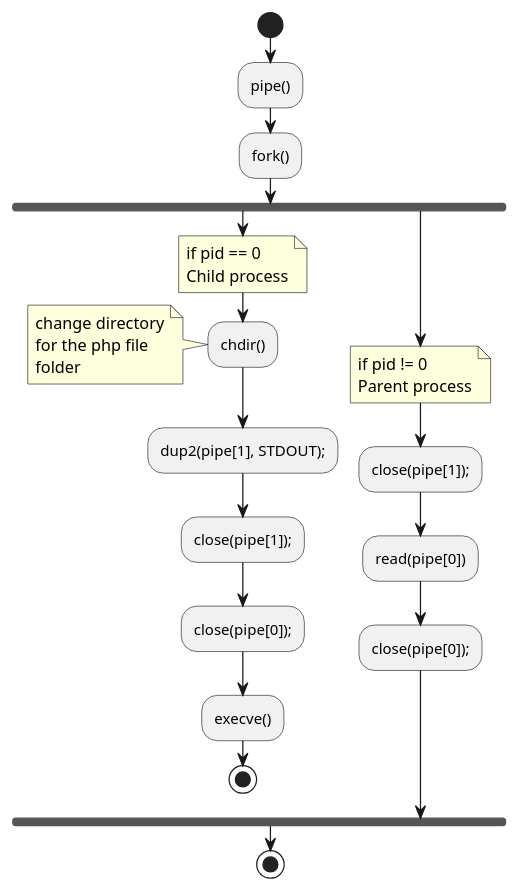
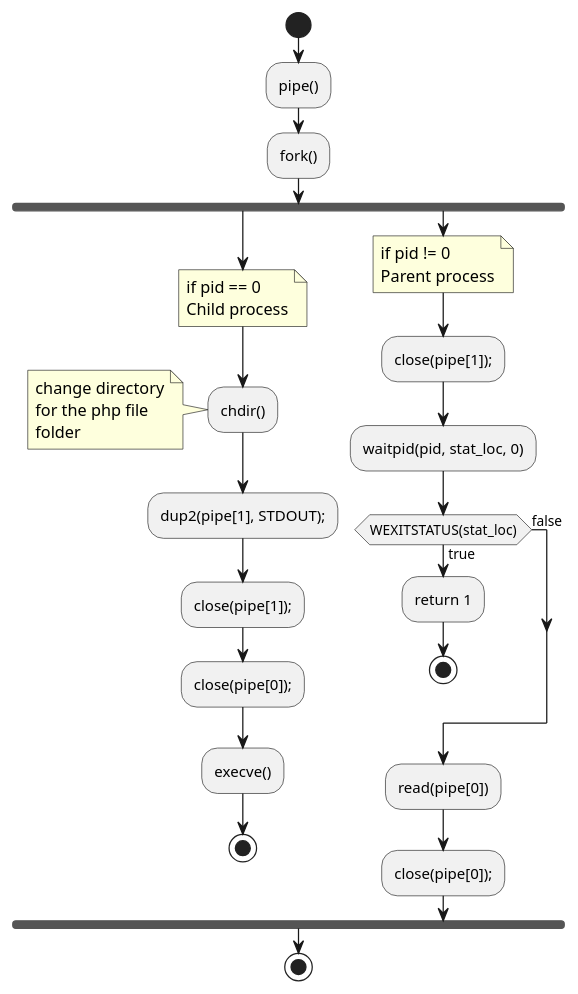
The eighth of 9 diagrams in docs/README.adoc (0xCAF3D0OD/webserv), drawn with PlantUML before and after one commit. The commit also changed 2 other files, not shown here.

```diff
--- a/docs/README.adoc
+++ b/docs/README.adoc
@@ -87,32 +87,38 @@
 [plantuml, target=activity_cgi, format=svg, width=60%]
 ....
 start
 :pipe();
 :fork();
 fork
 note left
   if pid == 0
   Child process
 end note
   :chdir();
 note left
   change directory
   for the php file
   folder
 end note
   :dup2(pipe[1], STDOUT);;
   :close(pipe[1]);;
   :close(pipe[0]);;
   :execve();
   stop
 fork again
 note left
   if pid != 0
   Parent process
 end note
   :close(pipe[1]);;
+  :waitpid(pid, stat_loc, 0);
+  if (WEXITSTATUS(stat_loc)) is (true) then
+    :return 1;
+	stop
+  else (false)
+  endif
   :read(pipe[0]);
   :close(pipe[0]);;
 end fork;
 stop
 ....
```
